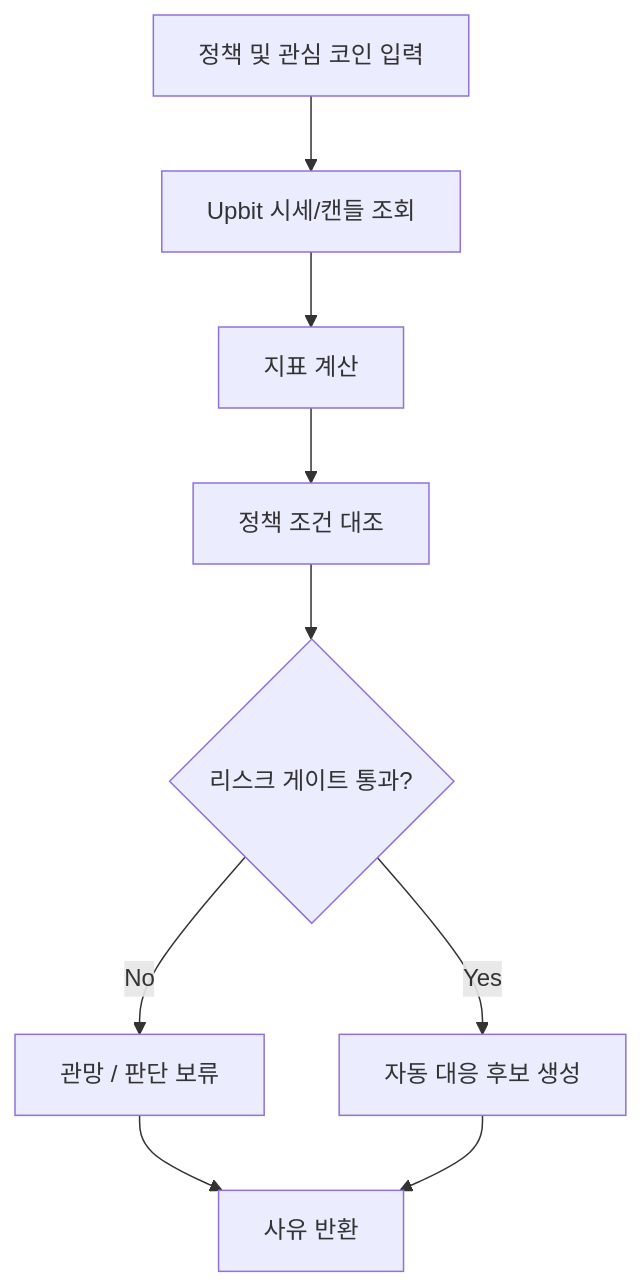
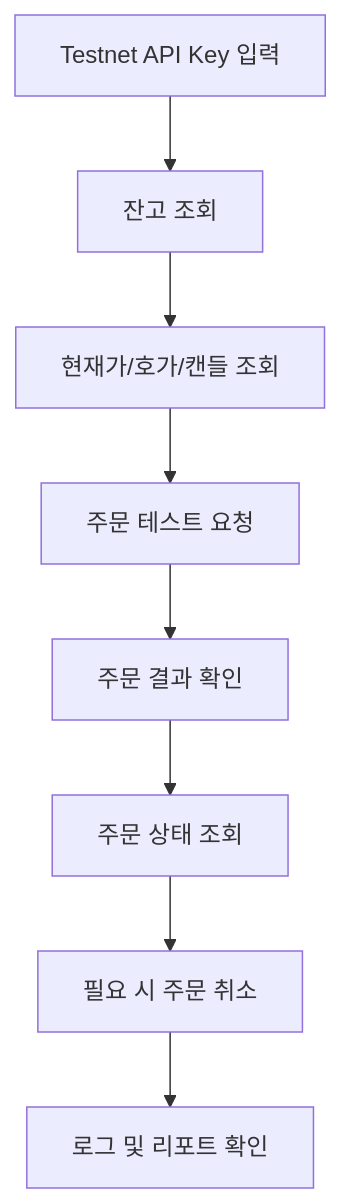
Before and after one commit to UpstageAI/sw-maestro-project: the first of 2 diagrams in PROPOSAL.md, drawn with Mermaid. The commit also changed other lines of this file and 8 other files, not shown here.

Commit message:
refactor: rewrite docs for Binance Spot Testnet trading flow

````diff
--- a/PROPOSAL.md
+++ b/PROPOSAL.md
@@ -326,11 +157,10 @@
 ```mermaid
 flowchart TD
-    A[정책 및 관심 코인 입력] --> B[Upbit 시세/캔들 조회]
-    B --> C[지표 계산]
-    C --> D[정책 조건 대조]
-    D --> E{리스크 게이트 통과?}
-    E -->|No| F[관망 / 판단 보류]
-    E -->|Yes| G[자동 대응 후보 생성]
-    F --> H[사유 반환]
-    G --> H
+    A[Testnet API Key 입력] --> B[잔고 조회]
+    B --> C[현재가/호가/캔들 조회]
+    C --> D[주문 테스트 요청]
+    D --> E[주문 결과 확인]
+    E --> F[주문 상태 조회]
+    F --> G[필요 시 주문 취소]
+    G --> H[로그 및 리포트 확인]
 ```
````
